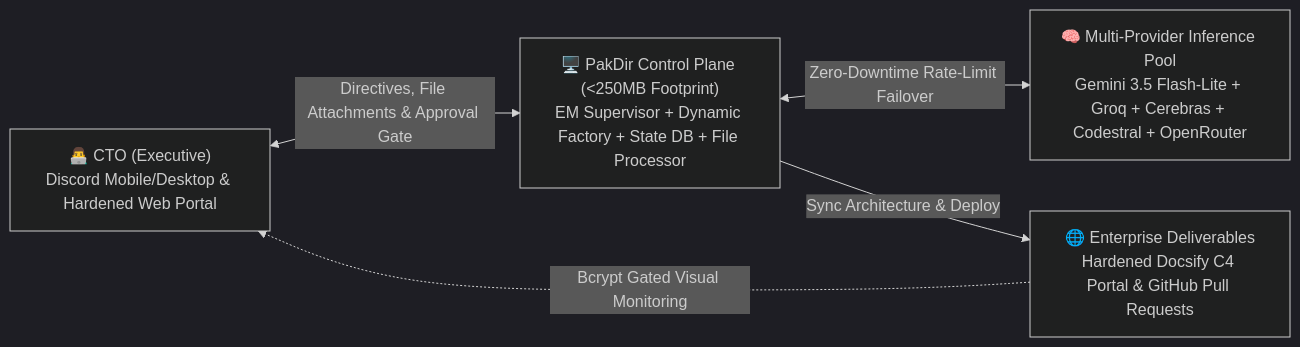
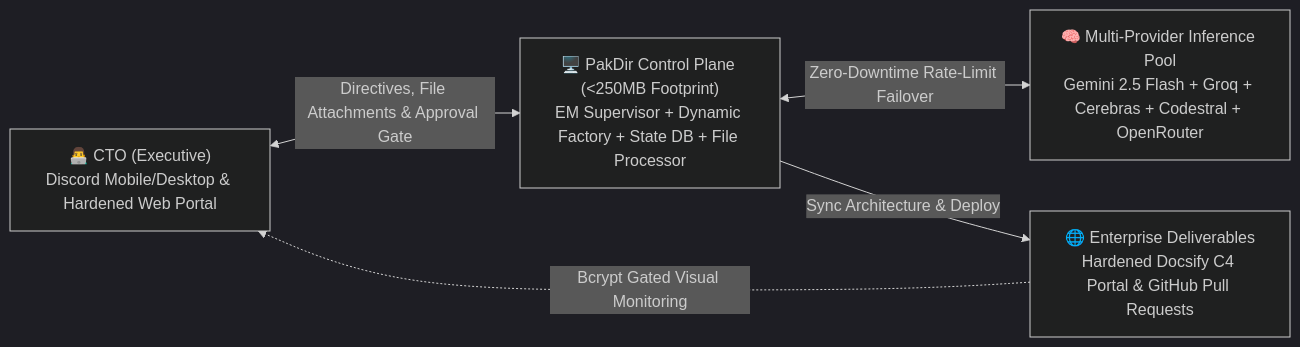
One commit to yudhinurb/pak-dir changed the diagram in README.md. Above: the diagram before and after it, drawn with Mermaid (dark theme). The commit also changed other lines of this file and 10 other files, not shown here.

````diff
--- a/README.md
+++ b/README.md
@@ -32,12 +32,12 @@
 ```mermaid
 flowchart LR
     CTO["👨‍💻 CTO (Executive)\nDiscord Mobile/Desktop & Hardened Web Portal"]
     PakDir["🖥️ PakDir Control Plane (<250MB Footprint)\nEM Supervisor + Dynamic Factory + State DB + File Processor"]
-    LLMPool["🧠 Multi-Provider Inference Pool\nGemini 3.5 Flash-Lite + Groq + Cerebras + Codestral + OpenRouter"]
+    LLMPool["🧠 Multi-Provider Inference Pool\nGemini 2.5 Flash + Groq + Cerebras + Codestral + OpenRouter"]
     Output["🌐 Enterprise Deliverables\nHardened Docsify C4 Portal & GitHub Pull Requests"]
 
     CTO <-->|"Directives, File Attachments & Approval Gate"| PakDir
     PakDir <-->|"Zero-Downtime Rate-Limit Failover"| LLMPool
     PakDir -->|"Sync Architecture & Deploy"| Output
     Output -.->|"Bcrypt Gated Visual Monitoring"| CTO
 ```
````
